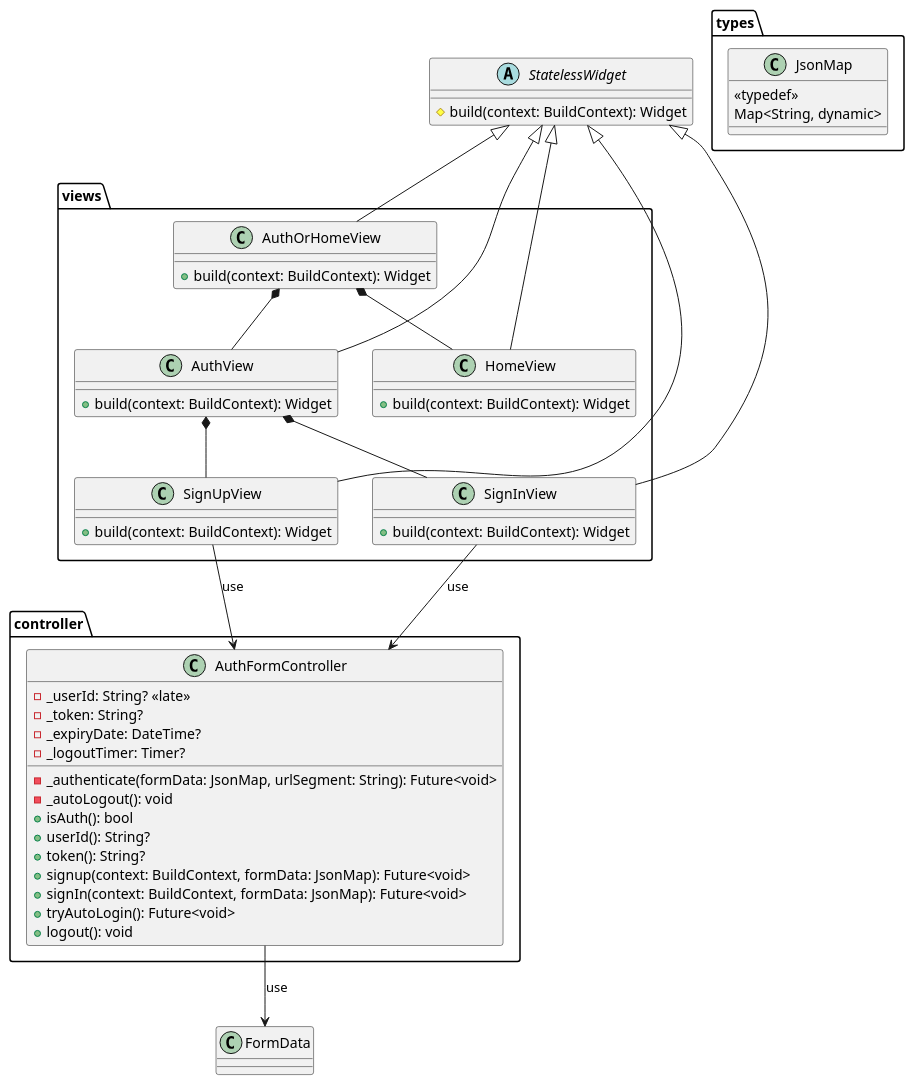
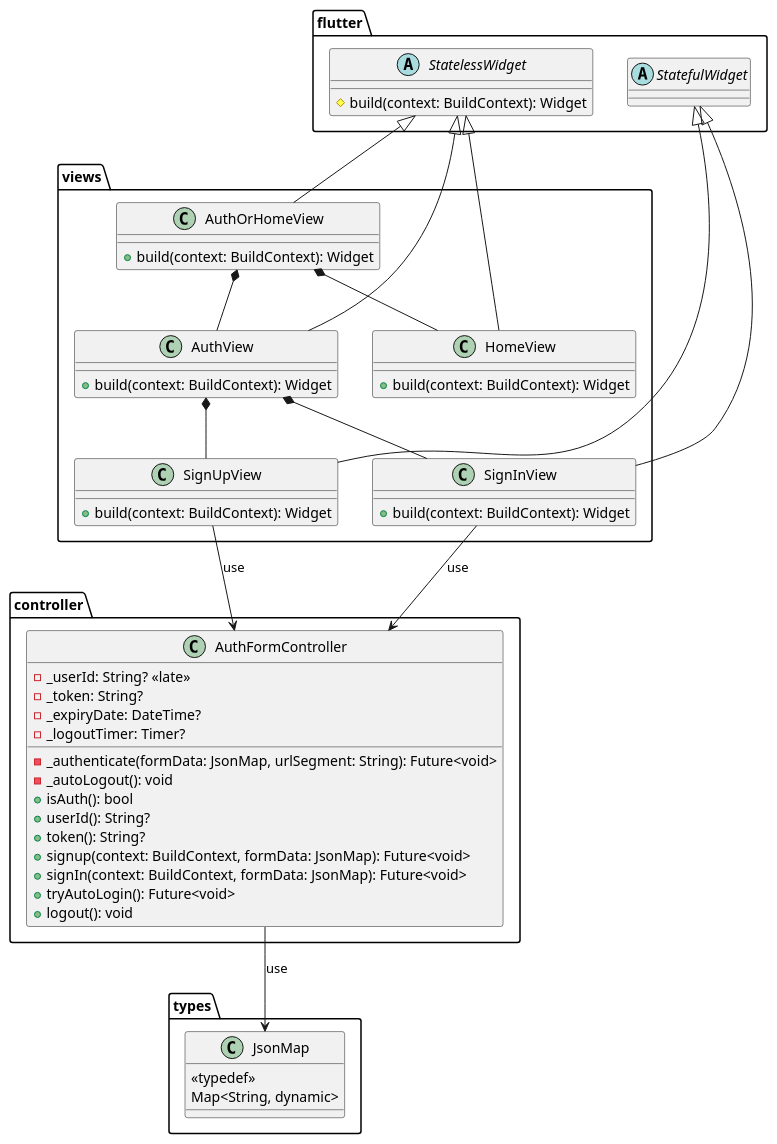
Before and after one commit to tiagors09/pe_na_pedra: the diagram in docs/diagrams/src/class_diagrams/pe_na_pedra_class_diagram_5.plantuml, drawn with PlantUML. The commit also changed 4 other files, not shown here.

```diff
--- a/docs/diagrams/src/class_diagrams/pe_na_pedra_class_diagram_5.plantuml
+++ b/docs/diagrams/src/class_diagrams/pe_na_pedra_class_diagram_5.plantuml
@@ -1,64 +1,68 @@
 @startuml pe_na_pedra_class_diagram_5
-abstract class StatelessWidget {
-  # build(context: BuildContext): Widget
+package flutter {
+  abstract class StatelessWidget {
+    # build(context: BuildContext): Widget
+  }
+
+  abstract class StatefulWidget
 }
 
 package views {
   class AuthOrHomeView {
     + build(context: BuildContext): Widget
   }
   class AuthView {
     + build(context: BuildContext): Widget
   }
   class HomeView {
     + build(context: BuildContext): Widget
   }
   class SignUpView {
     + build(context: BuildContext): Widget
   }
   class SignInView {
     + build(context: BuildContext): Widget
   }
 }
 
 StatelessWidget <|-- AuthOrHomeView
 StatelessWidget <|-- AuthView
 StatelessWidget <|-- HomeView
-StatelessWidget <|-- SignUpView
-StatelessWidget <|-- SignInView
+StatefulWidget <|-- SignUpView
+StatefulWidget <|-- SignInView
 AuthOrHomeView *-- AuthView
 AuthOrHomeView *-- HomeView
 AuthView *-- SignUpView
 AuthView *-- SignInView
 
 package controller {
   class AuthFormController {
     - _userId: String? <<late>>
     - _token: String?
     - _expiryDate: DateTime?
     - _logoutTimer: Timer?
 
     - _authenticate(formData: JsonMap, urlSegment: String): Future<void>
     - _autoLogout(): void
     + isAuth(): bool
     + userId(): String?
     + token(): String?
     + signup(context: BuildContext, formData: JsonMap): Future<void>
     + signIn(context: BuildContext, formData: JsonMap): Future<void>
     + tryAutoLogin(): Future<void>
     + logout(): void
   }
 }
 
 package types {
   class JsonMap {
     <<typedef>>
     Map<String, dynamic>
   }
 }
 
-AuthFormController --> FormData : use
+AuthFormController --> JsonMap : use
 
 SignUpView --> AuthFormController : use
 SignInView --> AuthFormController : use
 @enduml
```
